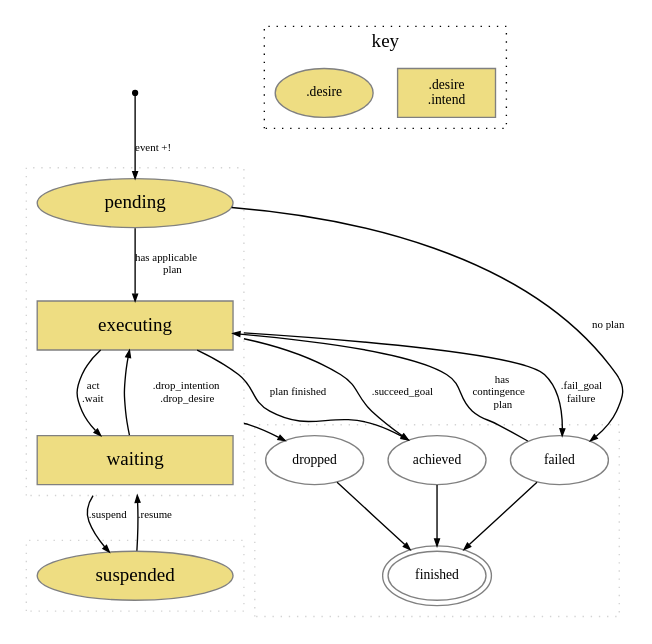
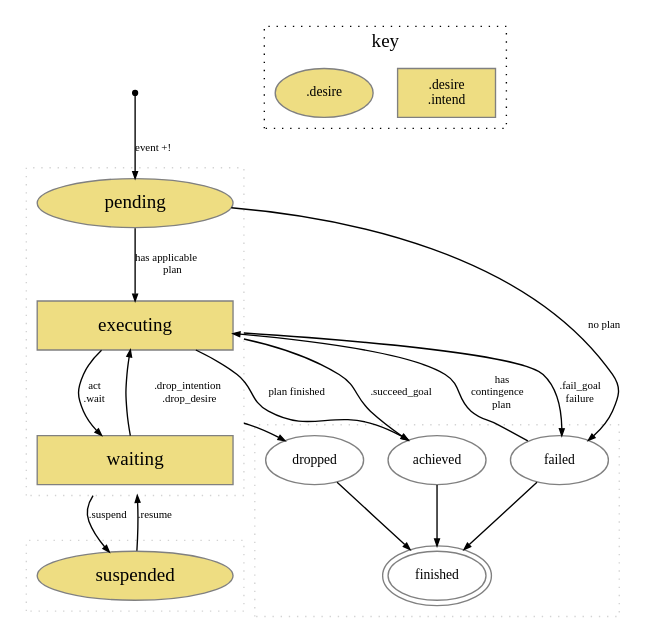
Before and after one commit to jason-lang/jason: the diagram in doc/tech/goal-states.gv, drawn with Graphviz. The commit also changed 1 other file, not shown here.

Commit message:
update doc goal states

```diff
--- a/doc/tech/goal-states.gv
+++ b/doc/tech/goal-states.gv
@@ -1,69 +1,69 @@
 // dot goal-states.gv -Tpdf -o goal-states.pdf
 
 digraph goal_states {
    node [color=gray];
 
    compound=true;
 
    ENTRY[shape=point,color=black,label=""];
    //EXIT[shape=point,color=black,label=""];
 
 
    subgraph cluster1 {
       shape = rectangle; style=dotted; color=lightgrey;
 
       node [shape=oval,style=filled,color=gray, fillcolor="lightgoldenrod", fixedsize=shape,width=2];
       S [label="suspended"];
    }
 
    subgraph cluster2 {
      shape = rectangle; style=dotted; color=lightgrey;
      node [shape=oval,style=filled,color=gray, fillcolor="lightgoldenrod", fixedsize=shape,width=2];
      C [label="pending"];
 
      node [shape=rectangle,style="filled",fillcolor="lightgoldenrod",fixedsize=shape,width=2];
   	 E [label="executing"];
   	 P [label="waiting"];
 
      C->E[label=< has applicable<br/>plan<br/>>,fontsize="8",arrowsize=0.5];
 
      E->P[label=<act <br/> .wait<br/>>,fontsize="8",arrowsize=0.5];
      P->E[label=<>,fontsize="8",arrowsize=0.5];
    }
 
    subgraph cluster3 {
      //rankdir=LR;
      shape = rectangle; style=dotted; color=lightgrey;
      node [shape=oval,fillcolor=white,color=gray,style=filled,fixedsize=shape,width=1,fontsize="10"];
      A [label="achieved"];
      F [label="failed"];
      D [label="dropped"];
      T [label="finished",peripheries=2];
+
+     {A,F,D} -> T [arrowsize=0.5];
    }
 
 	 ENTRY->C[label=< event +!>,fontsize="8",arrowsize=0.5];
 
    C->F[label=< no plan<br/>>,fontsize="8",arrowsize=0.5];
 
    E->A[label=<plan finished>,fontsize="8",arrowsize=0.5];
-   E->D[label=<.drop_intention <br/> .drop_desire>,fontsize="8",arrowsize=0.5,ltail=cluster2];
+   E->D[label=<.drop_intention<br/>.drop_desire>,fontsize="8",arrowsize=0.5,ltail=cluster2];
 
-   E -> F [label=<.fail_goal <br/> failure>,fontsize="8",arrowsize=0.5,ltail=cluster2];
+   E -> F [label=<.fail_goal<br/>failure>,fontsize="8",arrowsize=0.5,ltail=cluster2];
    E -> A [label=<.succeed_goal>,fontsize="8",arrowsize=0.5,ltail=cluster2];
 
-   F -> E [label=< has<br/>contingence<br/>plan>,fontsize="8",arrowsize=0.5];
-
-   {A,F,D} -> T [arrowsize=0.5];
+   F -> E [label=<has<br/>contingence<br/>plan>,fontsize="8",arrowsize=0.5];
 
    P->S[label=<.suspend>,fontsize="8",arrowsize=0.5,ltail=cluster2];
    S->P[label=<.resume> ,fontsize="8",arrowsize=0.5,lhead=cluster2];
 
    subgraph cluster0 {
       label = "key";
       rankdir=LR; shape = rectangle; style=dotted;
-      //key4 [label=< <i>^meta event</i> >, shape=plaintext,fontsize="10",];
+      //key4 [label=<<i>^meta event</i> >, shape=plaintext,fontsize="10",];
       key2 [label=".desire\n.intend",shape=rectangle,style=filled,fontsize="10", fillcolor=lightgoldenrod,fixedsize=shape,width=1];
       key1 [label=".desire",   shape=oval,     style=filled,fontsize="10", fillcolor=lightgoldenrod,fixedsize=shape,width=1];
       //key3 [label="finished", shape=oval,     style=filled,fontsize="10", fillcolor=lightgrey,fixedsize=shape,width=1];
    }
 }
```
